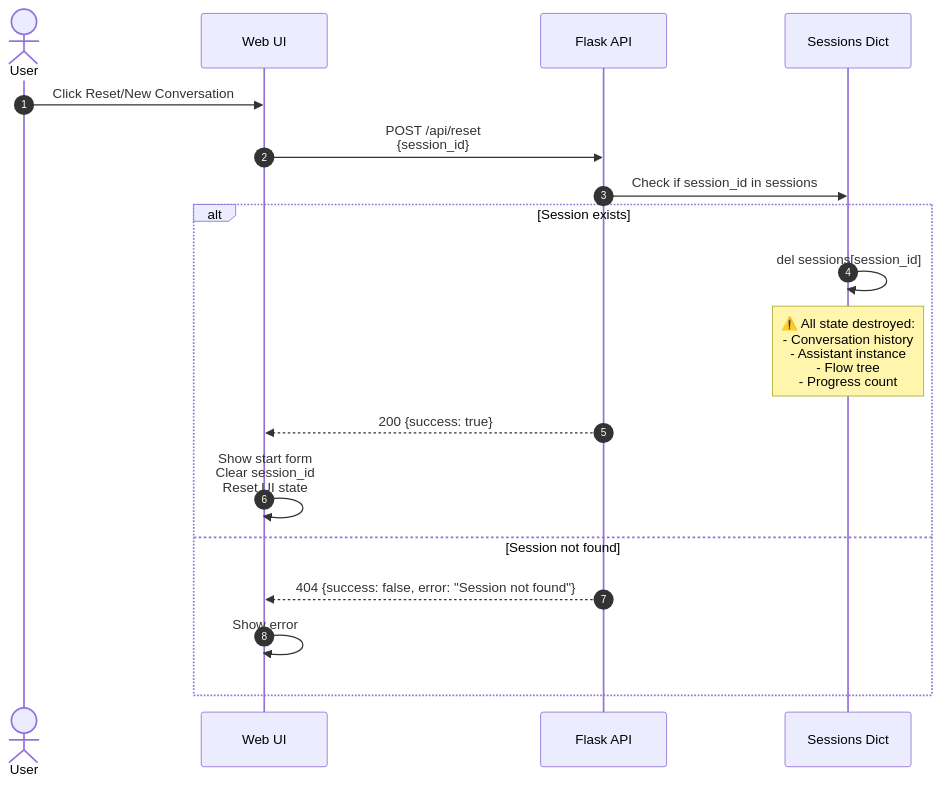
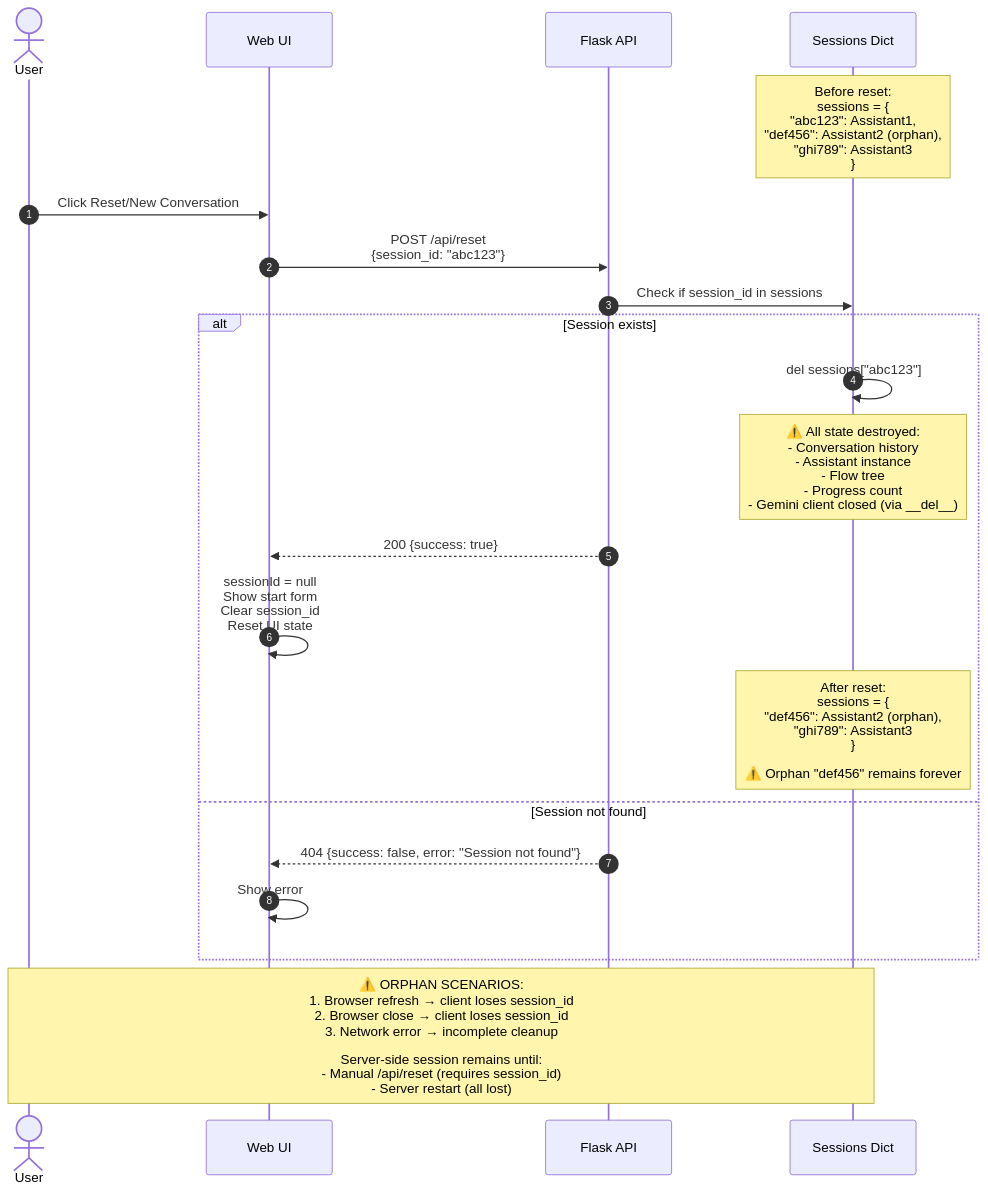
One commit to HuangJiaChen1/AI_ask_ask changed the fifth of 8 diagrams in Gemini/paixueji/OPERATIONAL_ARCHITECTURE.md. Above: the diagram before and after it, drawn with Mermaid. The commit also changed other lines of this file and 6 other files, not shown here.

````diff
--- a/Gemini/paixueji/OPERATIONAL_ARCHITECTURE.md
+++ b/Gemini/paixueji/OPERATIONAL_ARCHITECTURE.md
@@ -323,23 +450,29 @@
 ```mermaid
 sequenceDiagram
     autonumber
     actor User
     participant UI as Web UI
     participant Flask as Flask API
     participant Session as Sessions Dict
 
+    Note over Session: Before reset:<br/>sessions = {<br/>"abc123": Assistant1,<br/>"def456": Assistant2 (orphan),<br/>"ghi789": Assistant3<br/>}
+
     User->>UI: Click Reset/New Conversation
-    UI->>Flask: POST /api/reset<br/>{session_id}
+    UI->>Flask: POST /api/reset<br/>{session_id: "abc123"}
 
     Flask->>Session: Check if session_id in sessions
 
     alt Session exists
-        Session->>Session: del sessions[session_id]
-        Note over Session: ⚠️ All state destroyed:<br/>- Conversation history<br/>- Assistant instance<br/>- Flow tree<br/>- Progress count
+        Session->>Session: del sessions["abc123"]
+        Note over Session: ⚠️ All state destroyed:<br/>- Conversation history<br/>- Assistant instance<br/>- Flow tree<br/>- Progress count<br/>- Gemini client closed (via __del__)
         Flask-->>UI: 200 {success: true}
-        UI->>UI: Show start form<br/>Clear session_id<br/>Reset UI state
+        UI->>UI: sessionId = null<br/>Show start form<br/>Clear session_id<br/>Reset UI state
+
+        Note over Session: After reset:<br/>sessions = {<br/>"def456": Assistant2 (orphan),<br/>"ghi789": Assistant3<br/>}<br/><br/>⚠️ Orphan "def456" remains forever
     else Session not found
         Flask-->>UI: 404 {success: false, error: "Session not found"}
         UI->>UI: Show error
     end
+
+    Note over User,Session: ⚠️ ORPHAN SCENARIOS:<br/>1. Browser refresh → client loses session_id<br/>2. Browser close → client loses session_id<br/>3. Network error → incomplete cleanup<br/><br/>Server-side session remains until:<br/>- Manual /api/reset (requires session_id)<br/>- Server restart (all lost)
 ```
````
